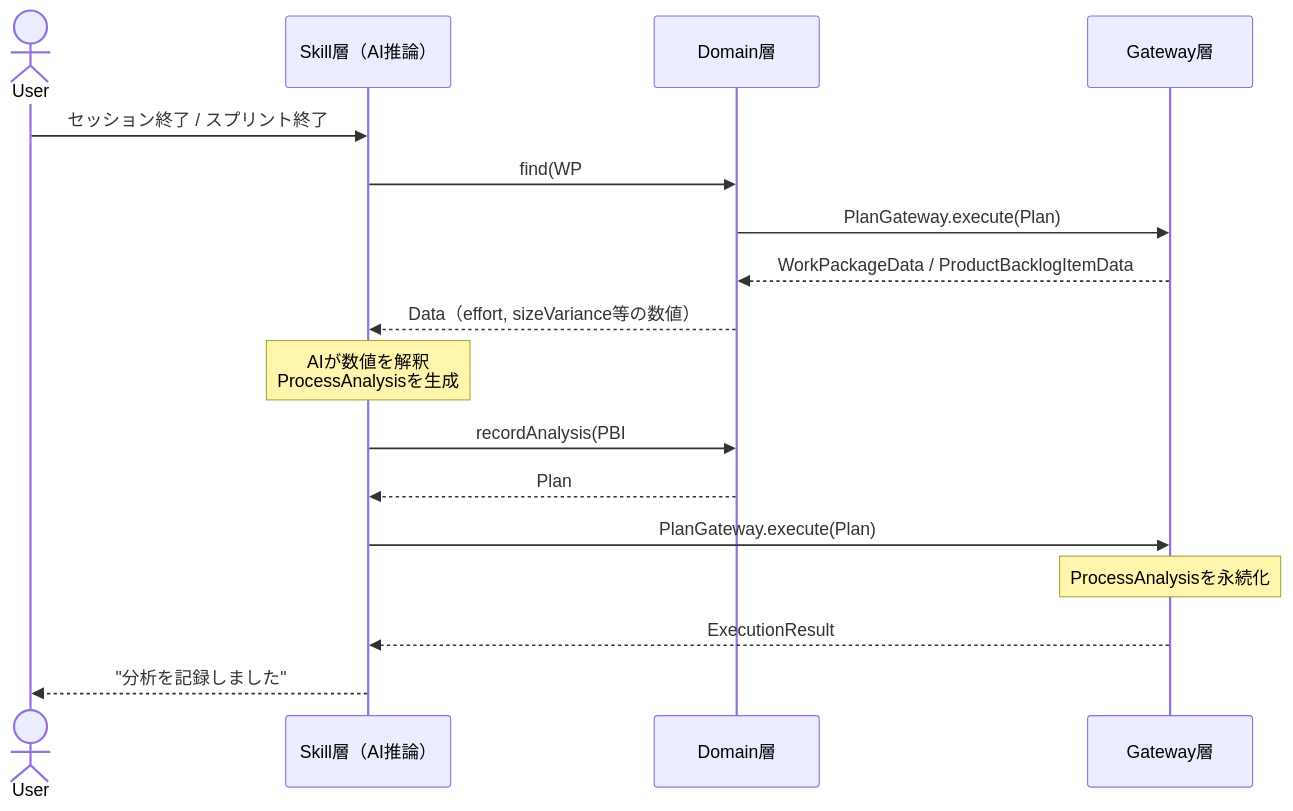
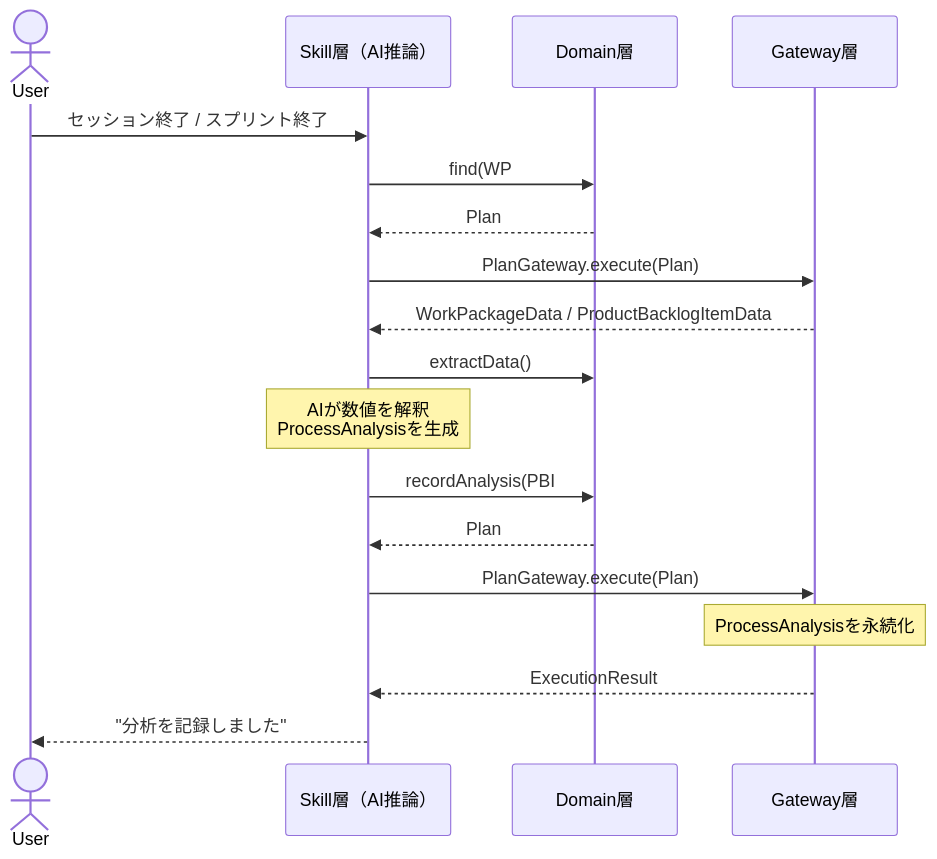
The fifth of 11 diagrams in guides/architecture-design.md (future-trajectory-official/global-harness-manager), drawn with Mermaid before and after one commit. The commit also changed other lines of this file, not shown here.

````diff
--- a/guides/architecture-design.md
+++ b/guides/architecture-design.md
@@ -1086,22 +1090,23 @@
 ```mermaid
 sequenceDiagram
     actor User
     participant Skill as Skill層（AI推論）
     participant Domain as Domain層
     participant Gateway as Gateway層
 
     User->>Skill: セッション終了 / スプリント終了
-    Skill->>Domain: find(WP#5) / get(PBI#3)
-    Domain->>Gateway: PlanGateway.execute(Plan)
-    Gateway-->>Domain: WorkPackageData / ProductBacklogItemData
-    Domain-->>Skill: Data（effort, sizeVariance等の数値）
+    Skill->>Domain: find(WP#5)
+    Domain-->>Skill: Plan
+    Skill->>Gateway: PlanGateway.execute(Plan)
+    Gateway-->>Skill: WorkPackageData / ProductBacklogItemData
+    Skill->>Domain: extractData()
 
     Note over Skill: AIが数値を解釈<br/>ProcessAnalysisを生成
 
     Skill->>Domain: recordAnalysis(PBI#3, ProcessAnalysis)
     Domain-->>Skill: Plan
     Skill->>Gateway: PlanGateway.execute(Plan)
     Note over Gateway: ProcessAnalysisを永続化
     Gateway-->>Skill: ExecutionResult
     Skill-->>User: "分析を記録しました"
 ```
````
